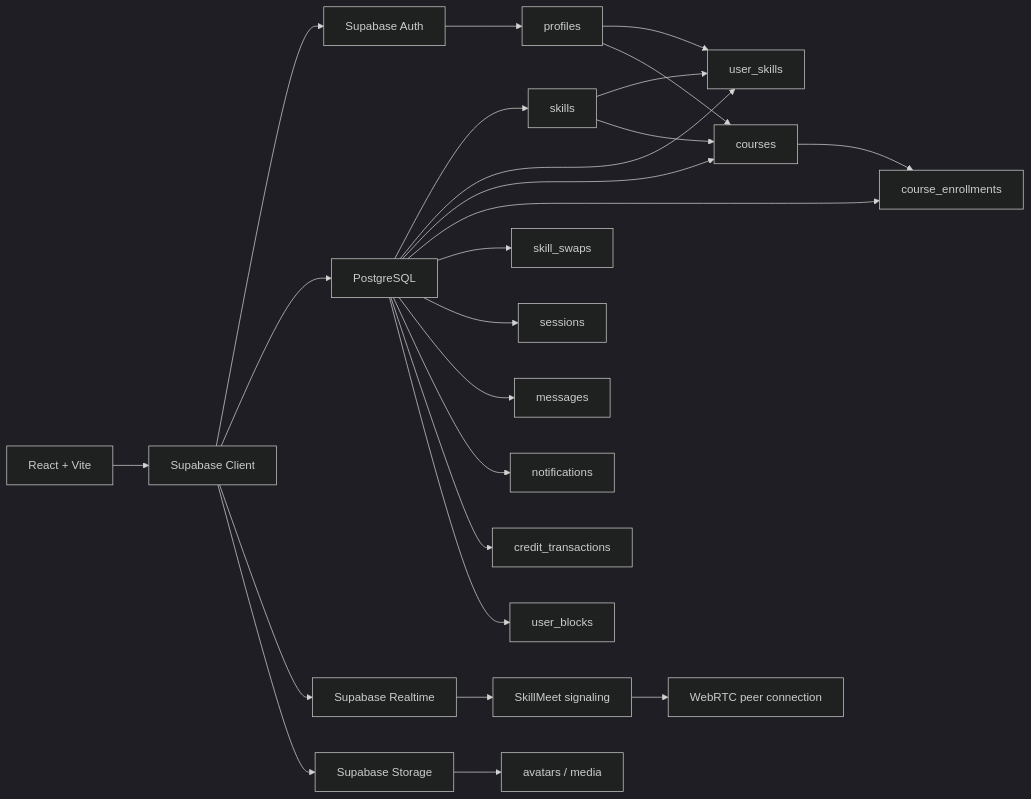
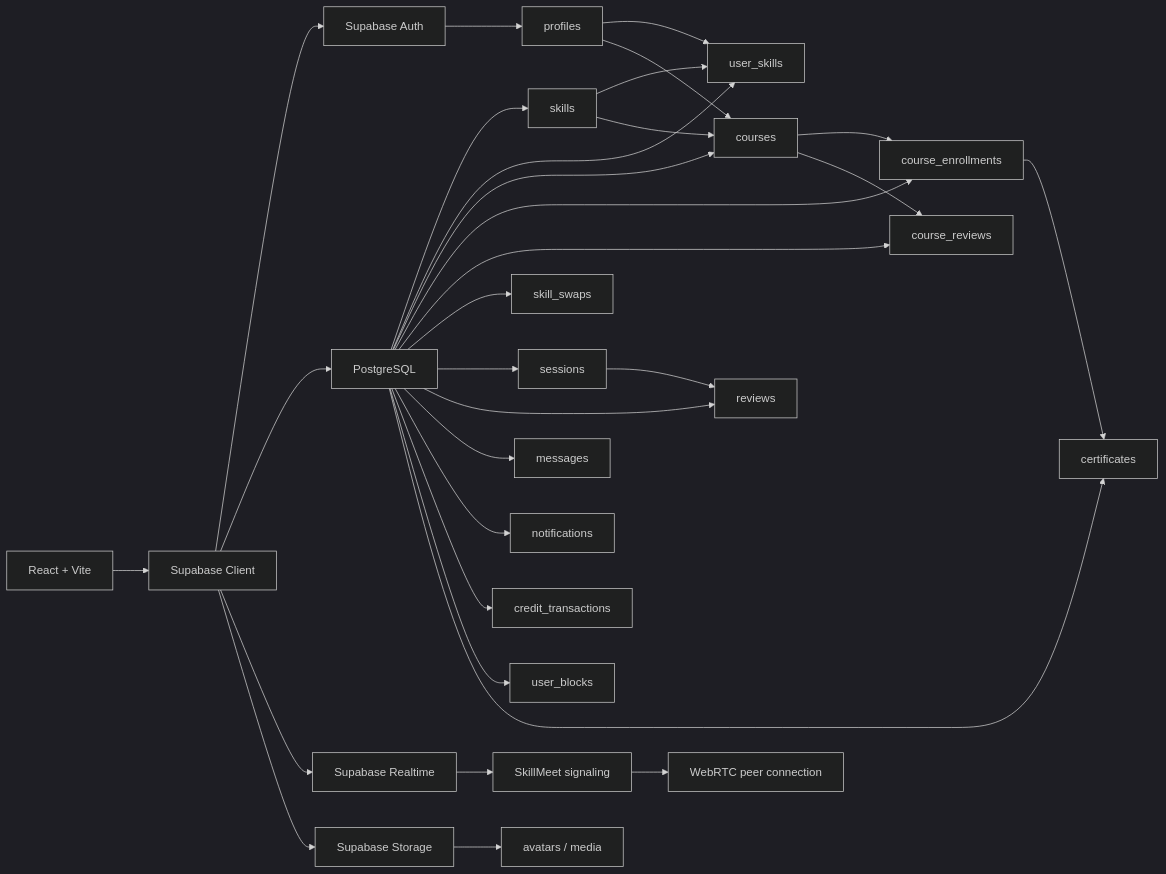
The diagram in README.md (Tanvir-Azad-Mahir/SkillSwap), drawn with Mermaid (dark theme) before and after one commit. The commit also changed other lines of this file, not shown here.

````diff
--- a/README.md
+++ b/README.md
@@ -432,33 +512,39 @@
 ```mermaid
 flowchart LR
     UI["React + Vite"] --> SB["Supabase Client"]
 
     SB --> AUTH["Supabase Auth"]
     SB --> DB["PostgreSQL"]
     SB --> RT["Supabase Realtime"]
     SB --> STORAGE["Supabase Storage"]
 
     AUTH --> P["profiles"]
 
     DB --> SK["skills"]
     DB --> US["user_skills"]
     DB --> C["courses"]
     DB --> CE["course_enrollments"]
+    DB --> CR["course_reviews"]
     DB --> SW["skill_swaps"]
     DB --> SE["sessions"]
+    DB --> RV["reviews"]
     DB --> M["messages"]
     DB --> N["notifications"]
     DB --> CT["credit_transactions"]
     DB --> UB["user_blocks"]
+    DB --> CERT["certificates"]
 
     STORAGE --> MEDIA["avatars / media"]
 
     RT --> SM["SkillMeet signaling"]
     SM --> WEBRTC["WebRTC peer connection"]
 
     P --> US
     SK --> US
     P --> C
     SK --> C
     C --> CE
+    C --> CR
+    SE --> RV
+    CE --> CERT
 ```
````
